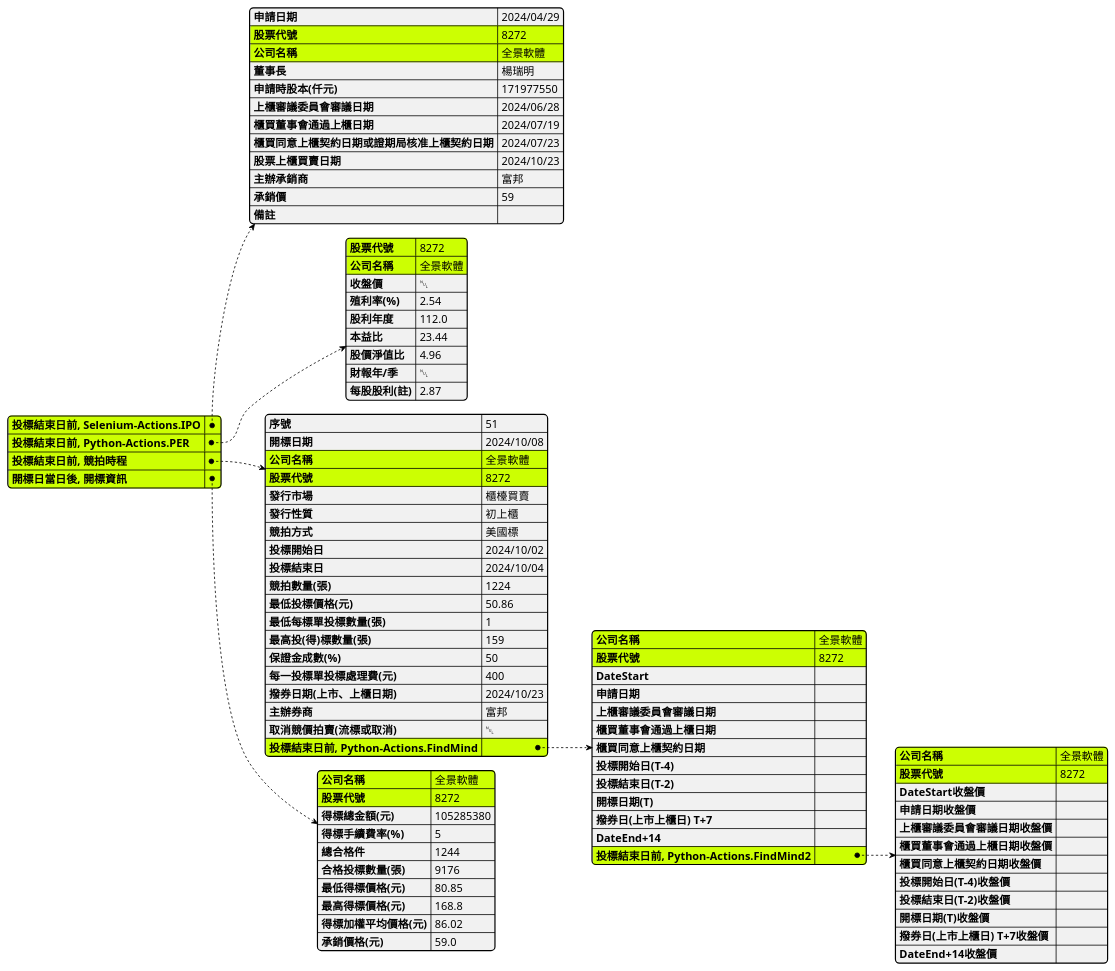
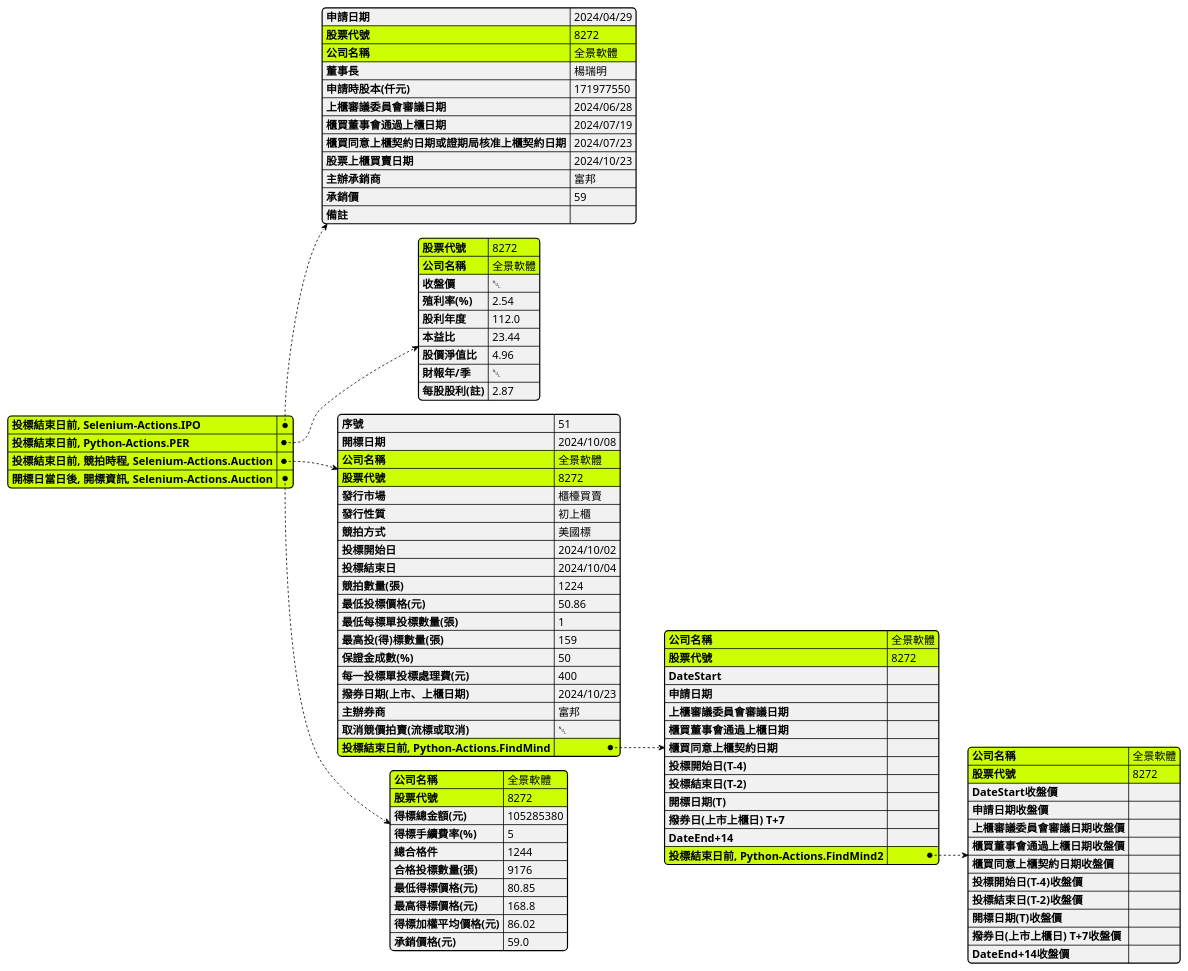
The diagram in IPO.plantuml (wenchiehlee/Selenium-Actions.Auction), drawn with PlantUML before and after one commit.

```diff
--- a/IPO.plantuml
+++ b/IPO.plantuml
@@ -1,128 +1,128 @@
 @startjson
 
 skinparam BoxPadding 10
 skinparam actorStyle awesome
 skinparam LegendBorderThickness 1
 skinparam backgroundColor transparent
 
 #highlight  "投標結束日前, Selenium-Actions.IPO"
 
 #highlight  "投標結束日前, Selenium-Actions.IPO" / "股票代號"
 #highlight  "投標結束日前, Selenium-Actions.IPO" / "公司名稱"
 
 #highlight  "投標結束日前, Python-Actions.PER"
 
 #highlight  "投標結束日前, Python-Actions.PER" / "股票代號"
 #highlight  "投標結束日前, Python-Actions.PER" / "公司名稱"
 
-#highlight  "投標結束日前, 競拍時程"
+#highlight  "投標結束日前, 競拍時程, Selenium-Actions.Auction"
 
-#highlight  "投標結束日前, 競拍時程" / "股票代號"
-#highlight  "投標結束日前, 競拍時程" / "公司名稱"
+#highlight  "投標結束日前, 競拍時程, Selenium-Actions.Auction" / "股票代號"
+#highlight  "投標結束日前, 競拍時程, Selenium-Actions.Auction" / "公司名稱"
 
-#highlight  "投標結束日前, 競拍時程" / "投標結束日前, Python-Actions.FindMind"
+#highlight  "投標結束日前, 競拍時程, Selenium-Actions.Auction" / "投標結束日前, Python-Actions.FindMind"
 
-#highlight  "投標結束日前, 競拍時程" / "投標結束日前, Python-Actions.FindMind" / "股票代號"
-#highlight  "投標結束日前, 競拍時程" / "投標結束日前, Python-Actions.FindMind" / "公司名稱"
+#highlight  "投標結束日前, 競拍時程, Selenium-Actions.Auction" / "投標結束日前, Python-Actions.FindMind" / "股票代號"
+#highlight  "投標結束日前, 競拍時程, Selenium-Actions.Auction" / "投標結束日前, Python-Actions.FindMind" / "公司名稱"
 
-#highlight  "投標結束日前, 競拍時程" / "投標結束日前, Python-Actions.FindMind" / "投標結束日前, Python-Actions.FindMind2"
+#highlight  "投標結束日前, 競拍時程, Selenium-Actions.Auction" / "投標結束日前, Python-Actions.FindMind" / "投標結束日前, Python-Actions.FindMind2"
 
-#highlight  "投標結束日前, 競拍時程" / "投標結束日前, Python-Actions.FindMind" / "投標結束日前, Python-Actions.FindMind2" / "股票代號"
-#highlight  "投標結束日前, 競拍時程" / "投標結束日前, Python-Actions.FindMind" / "投標結束日前, Python-Actions.FindMind2" / "公司名稱"
+#highlight  "投標結束日前, 競拍時程, Selenium-Actions.Auction" / "投標結束日前, Python-Actions.FindMind" / "投標結束日前, Python-Actions.FindMind2" / "股票代號"
+#highlight  "投標結束日前, 競拍時程, Selenium-Actions.Auction" / "投標結束日前, Python-Actions.FindMind" / "投標結束日前, Python-Actions.FindMind2" / "公司名稱"
 
-#highlight  "開標日當日後, 開標資訊"
+#highlight  "開標日當日後, 開標資訊, Selenium-Actions.Auction"
 
-#highlight  "開標日當日後, 開標資訊" / "股票代號"
-#highlight  "開標日當日後, 開標資訊" / "公司名稱"
+#highlight  "開標日當日後, 開標資訊, Selenium-Actions.Auction" / "股票代號"
+#highlight  "開標日當日後, 開標資訊, Selenium-Actions.Auction" / "公司名稱"
 
 
 {
   "投標結束日前, Selenium-Actions.IPO":     {
   "申請日期": "2024/04/29",
   "股票代號": "8272",
   "公司名稱": "全景軟體",
   "董事長": "楊瑞明",
   "申請時股本(仟元)": 171977550,
   "上櫃審議委員會審議日期": "2024/06/28",
   "櫃買董事會通過上櫃日期": "2024/07/19",
   "櫃買同意上櫃契約日期或證期局核准上櫃契約日期": "2024/07/23",
   "股票上櫃買賣日期": "2024/10/23",
   "主辦承銷商": "富邦",
   "承銷價": 59,
   "備註": ""
     },
 
   "投標結束日前, Python-Actions.PER":     {
         "股票代號": "8272",
         "公司名稱": "全景軟體",
         "收盤價": null,
         "殖利率(%)": 2.54,
         "股利年度": 112.0,
         "本益比": 23.44,
         "股價淨值比": 4.96,
         "財報年/季": null,
         "每股股利(註)": 2.87
     },
-  "投標結束日前, 競拍時程":     {
+  "投標結束日前, 競拍時程, Selenium-Actions.Auction":     {
         "序號": 51,
         "開標日期": "2024/10/08",
         "公司名稱": "全景軟體",
         "股票代號": "8272",
         "發行市場": "櫃檯買賣",
         "發行性質": "初上櫃",
         "競拍方式": "美國標",
         "投標開始日": "2024/10/02",
         "投標結束日": "2024/10/04",
         "競拍數量(張)": 1224,
         "最低投標價格(元)": 50.86,
         "最低每標單投標數量(張)": 1,
         "最高投(得)標數量(張)": 159,
         "保證金成數(%)": 50,
         "每一投標單投標處理費(元)": 400,
         "撥券日期(上市、上櫃日期)": "2024/10/23",
         "主辦券商": "富邦",
         "取消競價拍賣(流標或取消)": null,
 
         "投標結束日前, Python-Actions.FindMind": {
         "公司名稱": "全景軟體",
         "股票代號": "8272",
         "DateStart":"",
         "申請日期": "",
         "上櫃審議委員會審議日期":"",
         "櫃買董事會通過上櫃日期":"",
         "櫃買同意上櫃契約日期":"",
         "投標開始日(T-4)":"",
         "投標結束日(T-2)":"",
         "開標日期(T)":"",
         "撥券日(上市上櫃日) T+7":"",
         "DateEnd+14":"",
         "投標結束日前, Python-Actions.FindMind2": {
         "公司名稱": "全景軟體",
         "股票代號": "8272",
         "DateStart收盤價":"",
         "申請日期收盤價": "",
         "上櫃審議委員會審議日期收盤價":"",
         "櫃買董事會通過上櫃日期收盤價":"",
         "櫃買同意上櫃契約日期收盤價":"",
         "投標開始日(T-4)收盤價":"",
         "投標結束日(T-2)收盤價":"",
         "開標日期(T)收盤價":"",
         "撥券日(上市上櫃日) T+7收盤價":"",
         "DateEnd+14收盤價":""
         }
         }
     },
-  "開標日當日後, 開標資訊": {
+  "開標日當日後, 開標資訊, Selenium-Actions.Auction": {
     "公司名稱": "全景軟體",
     "股票代號": "8272",
     "得標總金額(元)": 105285380,
     "得標手續費率(%)": 5,
     "總合格件": 1244,
     "合格投標數量(張)": 9176,
     "最低得標價格(元)": 80.85,
     "最高得標價格(元)": 168.8,
     "得標加權平均價格(元)": 86.02,
     "承銷價格(元)": 59.0
   }
 }
 @endjson
```
